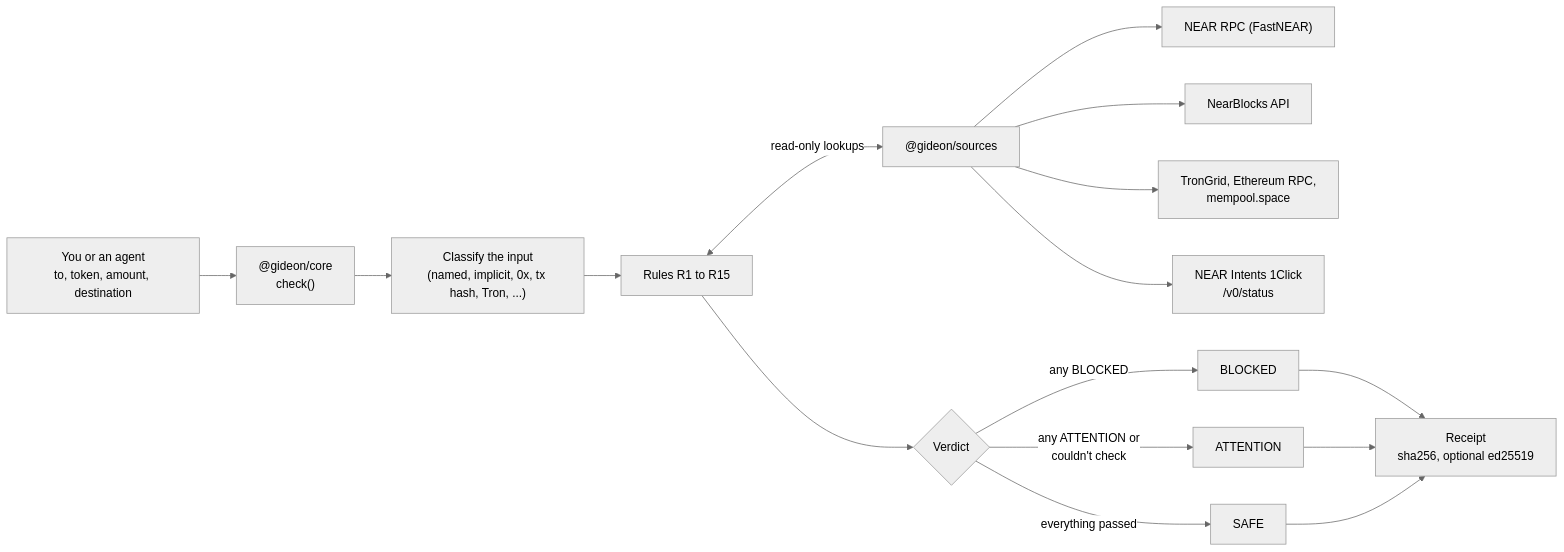
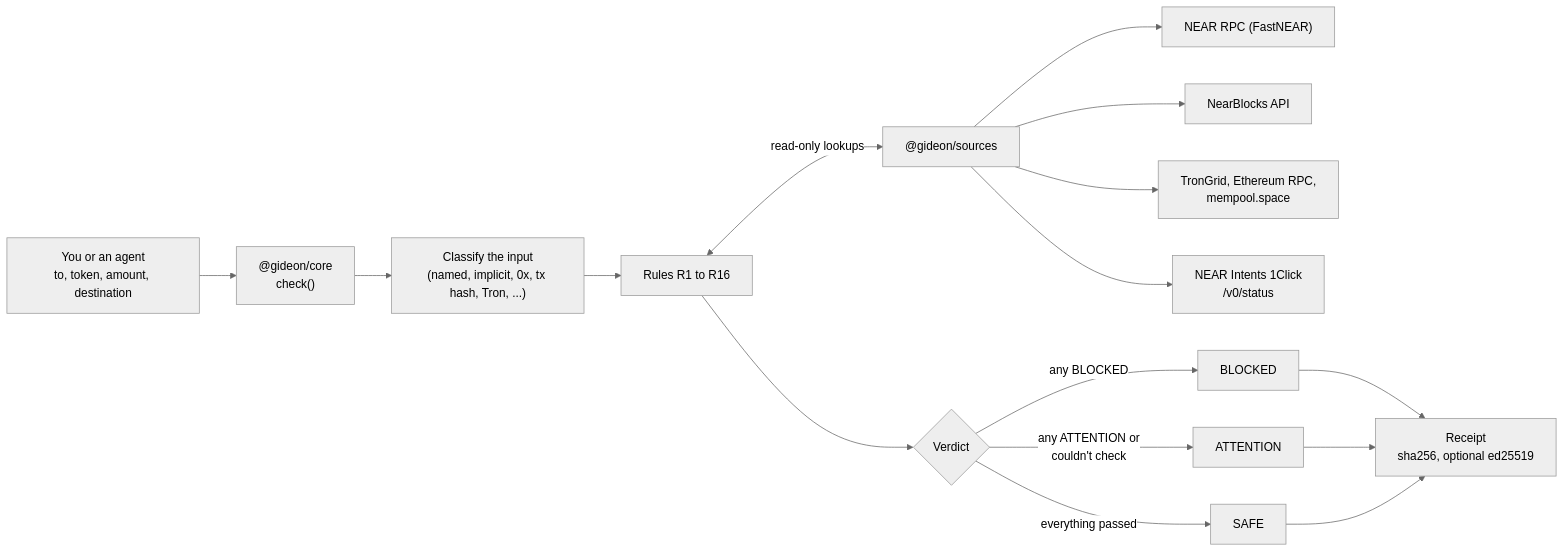
One commit to Adelekejr/Gideon-near changed the diagram in README.md. Above: the diagram before and after it, drawn with Mermaid (neutral theme). The commit also changed other lines of this file and 28 other files, not shown here.

````diff
--- a/README.md
+++ b/README.md
@@ -72,16 +72,16 @@
 ```mermaid
 flowchart LR
   U["You or an agent<br/>to, token, amount, destination"] --> E["@gideon/core<br/>check()"]
   E --> C["Classify the input<br/>(named, implicit, 0x, tx hash, Tron, ...)"]
-  C --> R["Rules R1 to R15"]
+  C --> R["Rules R1 to R16"]
   R <-->|"read-only lookups"| S["@gideon/sources"]
   S --> RPC["NEAR RPC (FastNEAR)"]
   S --> NB["NearBlocks API"]
   S --> FC["TronGrid, Ethereum RPC,<br/>mempool.space"]
   S --> OC["NEAR Intents 1Click<br/>/v0/status"]
   R --> V{"Verdict"}
   V -->|"any BLOCKED"| B["BLOCKED"]
   V -->|"any ATTENTION or<br/>couldn't check"| A["ATTENTION"]
   V -->|"everything passed"| OK["SAFE"]
   B & A & OK --> RC["Receipt<br/>sha256, optional ed25519"]
 ```
````
